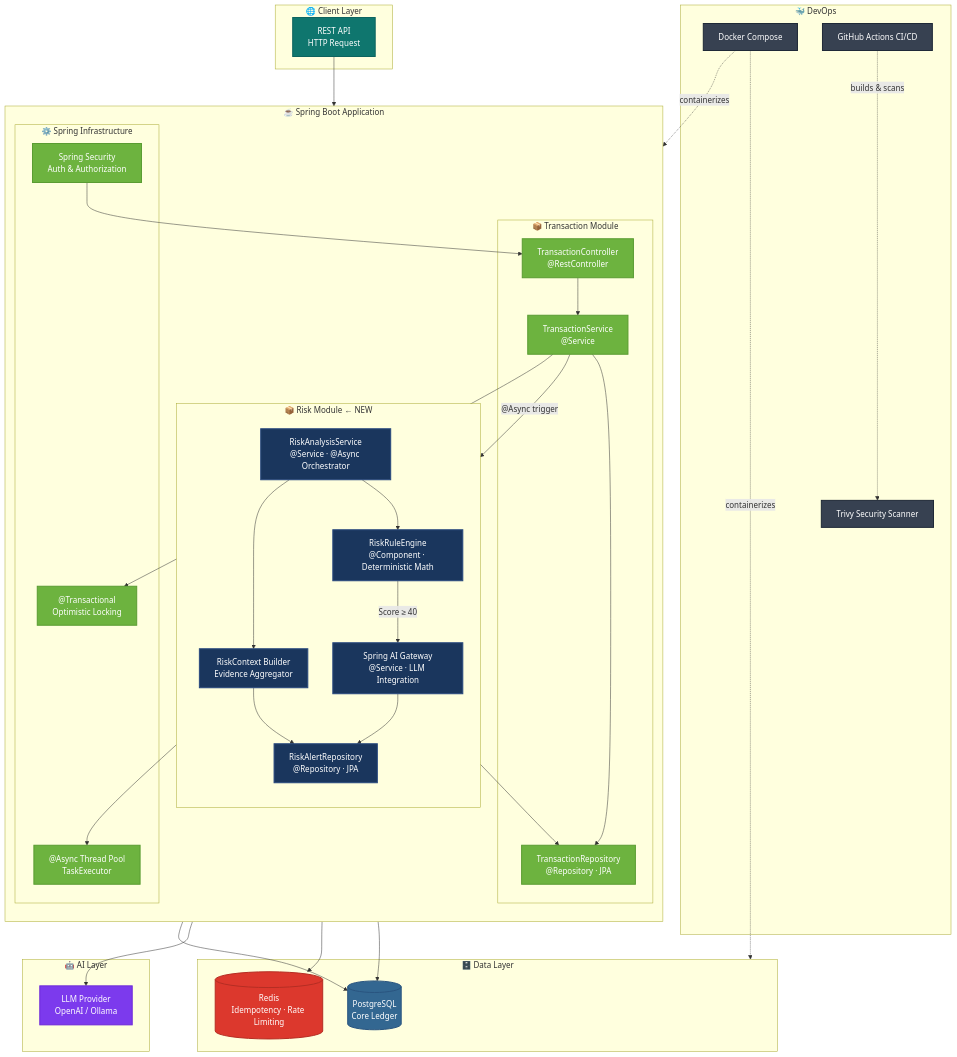
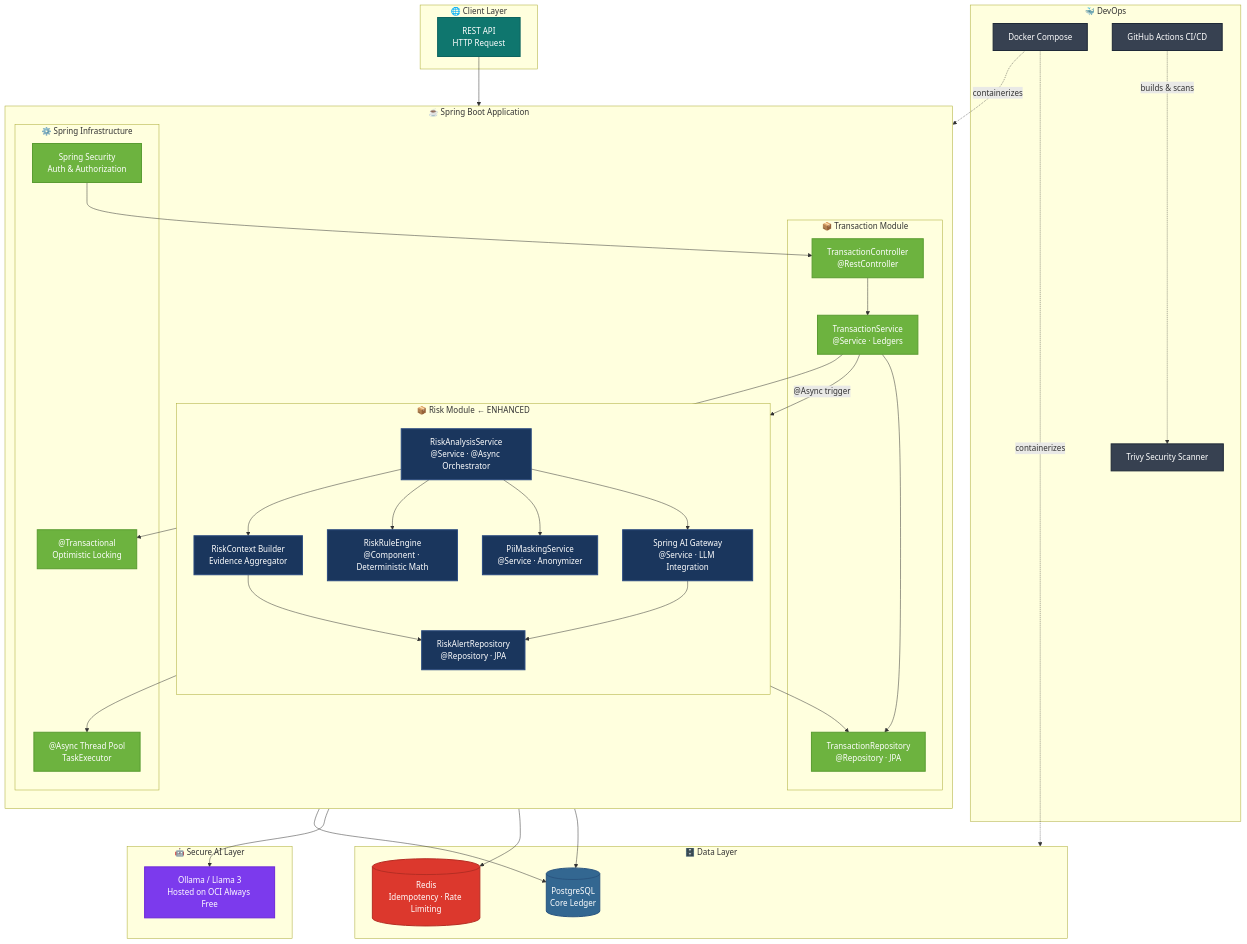
One commit to VedantGadge/BankingRisk changed the first of 3 diagrams in BankingProject/README.md. Above: the diagram before and after it, drawn with Mermaid. The commit also changed other lines of this file and 5 other files, not shown here.

```diff
--- a/BankingProject/README.md
+++ b/BankingProject/README.md
@@ -36,14 +96,15 @@
 
         subgraph TransactionModule["📦 Transaction Module"]
             TC["TransactionController<br/>@RestController"]
-            TS["TransactionService<br/>@Service"]
+            TS["TransactionService<br/>@Service · Ledgers"]
             TRepo["TransactionRepository<br/>@Repository · JPA"]
         end
 
-        subgraph RiskModule["📦 Risk Module  ← NEW"]
+        subgraph RiskModule["📦 Risk Module  ← ENHANCED"]
             direction TB
             RAS["RiskAnalysisService<br/>@Service · @Async Orchestrator"]
             RRE["RiskRuleEngine<br/>@Component · Deterministic Math"]
+            PMS["PiiMaskingService<br/>@Service · Anonymizer"]
             CTX["RiskContext Builder<br/>Evidence Aggregator"]
             AIGateway["Spring AI Gateway<br/>@Service · LLM Integration"]
             RRepo["RiskAlertRepository<br/>@Repository · JPA"]
@@ -61,8 +122,8 @@
         RD[("Redis<br/>Idempotency · Rate Limiting")]
     end
 
-    subgraph AILayer["🤖 AI Layer"]
-        LLM["LLM Provider<br/>OpenAI / Ollama"]
+    subgraph AILayer["🤖 Secure AI Layer"]
+        LLM["Ollama / Llama 3<br/>Hosted on OCI Always Free"]
     end
 
     subgraph DevOps["🐳 DevOps"]
@@ -83,7 +144,8 @@
     CTX --> TRepo
     CTX --> RRepo
     RAS --> RRE
-    RRE -->|"Score ≥ 40"| AIGateway
+    RAS --> PMS
+    RAS --> AIGateway
     AIGateway --> LLM
     AIGateway --> RRepo
     RRepo --> PG
@@ -103,7 +165,7 @@
     classDef client fill:#0f766e,color:#fff,stroke:#0d6460,stroke-width:2px
 
     class TC,TS,TRepo,SEC,ASYNC,TX springComponent
-    class RAS,RRE,CTX,AIGateway,RRepo newModule
+    class RAS,RRE,PMS,CTX,AIGateway,RRepo newModule
     class PG dataStore
     class RD redis
     class LLM ai
```
